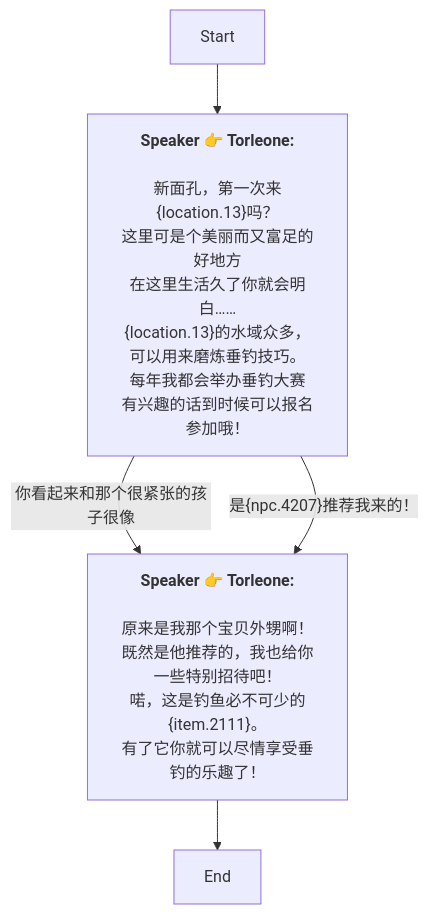
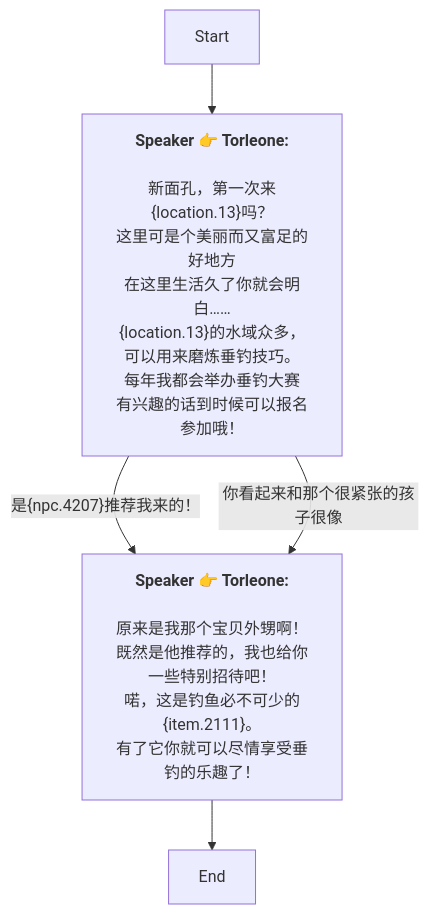
The diagram in Zh/QuestTalkObjectiveNode_1738899713701165.md (SoftHu/tos_avg), drawn with Mermaid before and after one commit. The commit also changed other lines of this file and 780 other files, not shown here.

````diff
--- a/Zh/QuestTalkObjectiveNode_1738899713701165.md
+++ b/Zh/QuestTalkObjectiveNode_1738899713701165.md
@@ -1,19 +1,19 @@
 ```mermaid
 graph
 Start -->1738899883886897[<b>Speaker 👉 Torleone:</b>
 \n新面孔，第一次来&lbrace;location.13&rbrace;吗？
 这里可是个美丽而又富足的好地方
 在这里生活久了你就会明白……\n&lbrace;location.13&rbrace;的水域众多，可以用来磨炼垂钓技巧。
 每年我都会举办垂钓大赛
 有兴趣的话到时候可以报名参加哦！]
-1738899883886897 -->|你看起来和那个很紧张的孩子很像|1738900012796217[<b>Speaker 👉 Torleone:</b>
+1738899883886897 -->|是&lbrace;npc.4207&rbrace;推荐我来的！|1738900012796217[<b>Speaker 👉 Torleone:</b>
 \n原来是我那个宝贝外甥啊！
 既然是他推荐的，我也给你一些特别招待吧！\n喏，这是钓鱼必不可少的&lbrace;item.2111&rbrace;。
 有了它你就可以尽情享受垂钓的乐趣了！]
-1738899883886897 -->|是&lbrace;npc.4207&rbrace;推荐我来的！|1738900012796217[<b>Speaker 👉 Torleone:</b>
+1738899883886897 -->|你看起来和那个很紧张的孩子很像|1738900012796217[<b>Speaker 👉 Torleone:</b>
 \n原来是我那个宝贝外甥啊！
 既然是他推荐的，我也给你一些特别招待吧！\n喏，这是钓鱼必不可少的&lbrace;item.2111&rbrace;。
 有了它你就可以尽情享受垂钓的乐趣了！]
 1738900012796217 -->1738899883886899[End]
 
 ```
````
